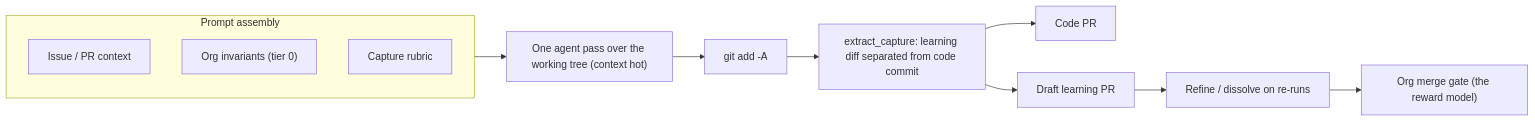
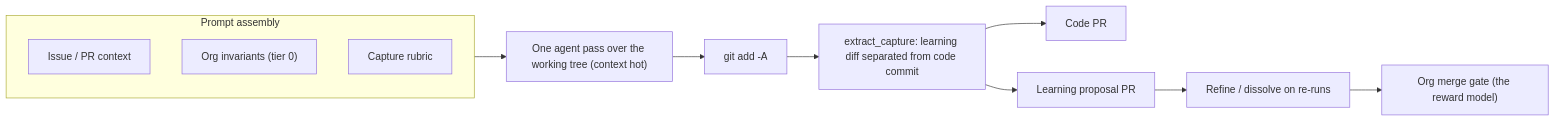
One commit to d3mlabs/ai-flow changed the third of 3 diagrams in docs/paper.md. Above: the diagram before and after it, drawn with Mermaid. The commit also changed other lines of this file, not shown here.

First line of the commit message:
Converge paper terminology on "proposal"; add reconsolidation row

````diff
--- a/docs/paper.md
+++ b/docs/paper.md
@@ -337,15 +338,15 @@
 ```mermaid
 flowchart LR
     subgraph assembly [Prompt assembly]
         IssueCtx["Issue / PR context"]
         Invariants["Org invariants (tier 0)"]
         Rubric["Capture rubric"]
     end
     assembly --> Pass["One agent pass over the working tree (context hot)"]
     Pass --> Stage["git add -A"]
     Stage --> Extract["extract_capture: learning diff separated from code commit"]
     Extract --> CodePR["Code PR"]
-    Extract --> DraftPR["Draft learning PR"]
-    DraftPR --> Refine["Refine / dissolve on re-runs"]
+    Extract --> ProposalPR["Learning proposal PR"]
+    ProposalPR --> Refine["Refine / dissolve on re-runs"]
     Refine --> Gate["Org merge gate (the reward model)"]
 ```
````
